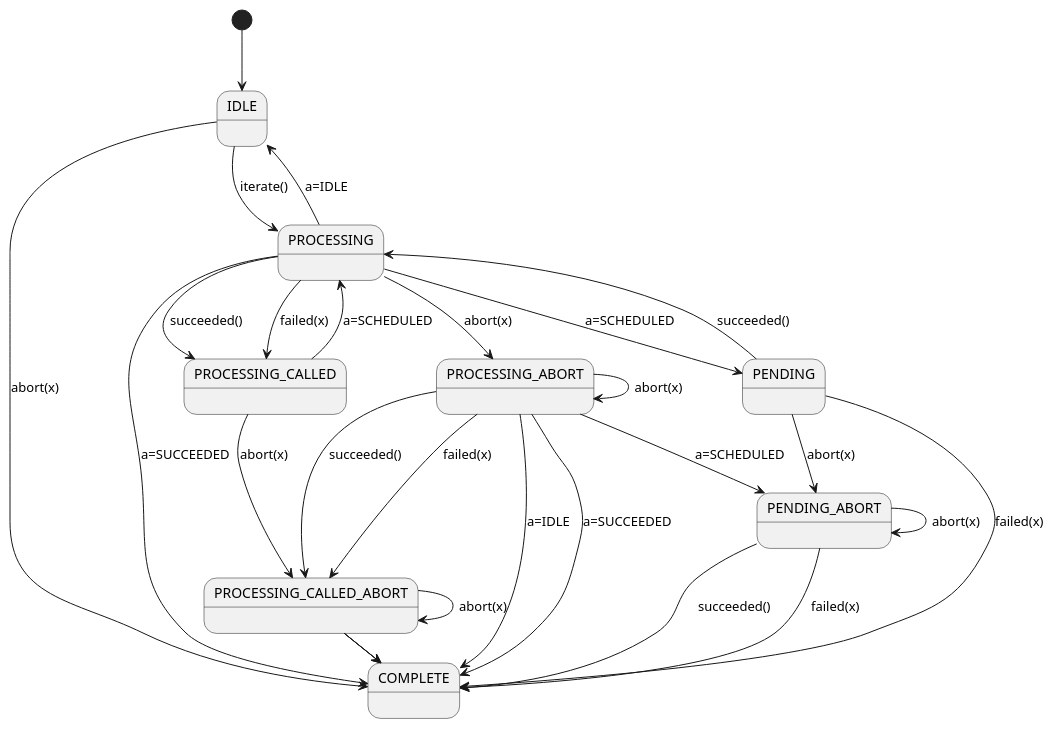
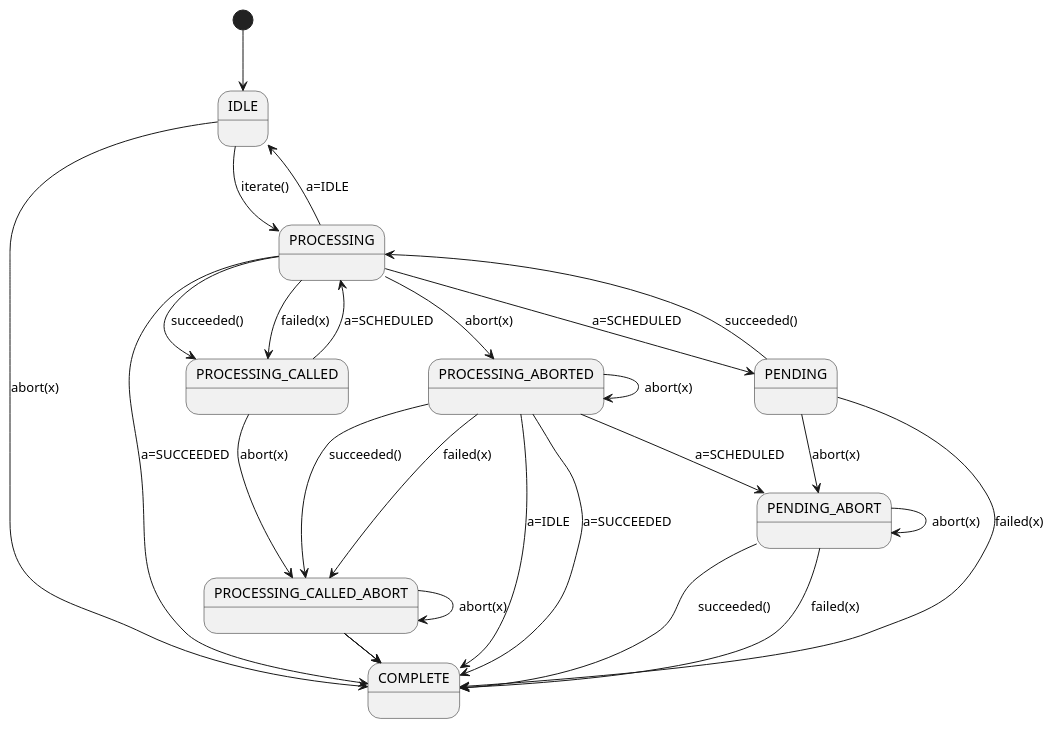
One commit to jetty/jetty.project changed the diagram in jetty-core/jetty-util/src/main/java/org/eclipse/jetty/util/IteratingCallback_State.puml. Above: the diagram before and after it, drawn with PlantUML. The commit also changed 17 other files, not shown here.

```diff
--- a/jetty-core/jetty-util/src/main/java/org/eclipse/jetty/util/IteratingCallback_State.puml
+++ b/jetty-core/jetty-util/src/main/java/org/eclipse/jetty/util/IteratingCallback_State.puml
@@ -1,54 +1,54 @@
 @startuml
 
 IDLE:
 PROCESSING:
 PROCESSING_CALLED:
-PROCESSING_ABORT:
+PROCESSING_ABORTED:
 PROCESSING_CALLED_ABORT:
 PENDING:
 PENDING_ABORT:
 COMPLETE:
 
 [*] --> IDLE
 
 /' iterate() '/
 IDLE --> PROCESSING: iterate()
 
 /' processing() '/
 PROCESSING --> IDLE: a=IDLE
 PROCESSING --> PENDING: a=SCHEDULED
 PROCESSING --> COMPLETE: a=SUCCEEDED
 
 PROCESSING_CALLED --> PROCESSING: a=SCHEDULED
 
-PROCESSING_ABORT --> COMPLETE: a=IDLE
-PROCESSING_ABORT --> COMPLETE: a=SUCCEEDED
-PROCESSING_ABORT --> PENDING_ABORT: a=SCHEDULED
+PROCESSING_ABORTED --> COMPLETE: a=IDLE
+PROCESSING_ABORTED --> COMPLETE: a=SUCCEEDED
+PROCESSING_ABORTED --> PENDING_ABORT: a=SCHEDULED
 
 PROCESSING_CALLED_ABORT -> COMPLETE: a=IDLE
 PROCESSING_CALLED_ABORT -> COMPLETE: a=SCHEDULED
 PROCESSING_CALLED_ABORT -> COMPLETE: a=SUCCEEDED
 
 /' succeeded() '/
 PROCESSING --> PROCESSING_CALLED: succeeded()
-PROCESSING_ABORT --> PROCESSING_CALLED_ABORT: succeeded()
+PROCESSING_ABORTED --> PROCESSING_CALLED_ABORT: succeeded()
 PENDING --> PROCESSING: succeeded()
 PENDING_ABORT --> COMPLETE: succeeded()
 
 /' failed(x) '/
 PROCESSING --> PROCESSING_CALLED: failed(x)
-PROCESSING_ABORT --> PROCESSING_CALLED_ABORT: failed(x)
+PROCESSING_ABORTED --> PROCESSING_CALLED_ABORT: failed(x)
 PENDING --> COMPLETE: failed(x)
 PENDING_ABORT --> COMPLETE: failed(x)
 
 /' abort(x) '/
 IDLE --> COMPLETE: abort(x)
-PROCESSING --> PROCESSING_ABORT: abort(x)
+PROCESSING --> PROCESSING_ABORTED: abort(x)
 PROCESSING_CALLED --> PROCESSING_CALLED_ABORT: abort(x)
-PROCESSING_ABORT --> PROCESSING_ABORT: abort(x)
+PROCESSING_ABORTED --> PROCESSING_ABORTED: abort(x)
 PROCESSING_CALLED_ABORT -> PROCESSING_CALLED_ABORT: abort(x)
 PENDING --> PENDING_ABORT: abort(x)
 PENDING_ABORT --> PENDING_ABORT: abort(x)
 
 
 @enduml
```
